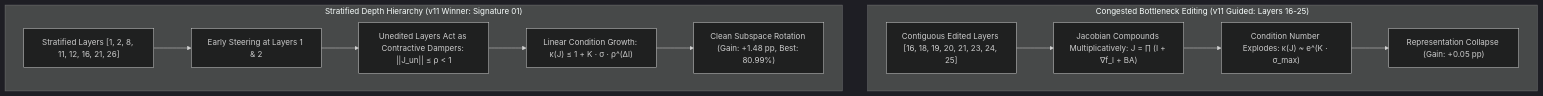
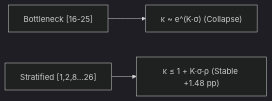
Before and after one commit to srishanthsriramula/ReseachX: the diagram in obsidian/01_Generations/v11_42Run_Confirmation_Stratified_Victory.md, drawn with Mermaid (dark theme). The commit also changed other lines of this file and 14 other files, not shown here.

Commit message:
Replace oversized and vertically sprawling Mermaid diagrams with compact responsive tables, algorithm callouts, and streamlined vector flowcharts

````diff
--- a/obsidian/01_Generations/v11_42Run_Confirmation_Stratified_Victory.md
+++ b/obsidian/01_Generations/v11_42Run_Confirmation_Stratified_Victory.md
@@ -46,15 +51,5 @@
 ```mermaid
-flowchart TD
-    subgraph Bottleneck ["Congested Bottleneck Editing (v11 Guided: Layers 16-25)"]
-        B1["Contiguous Edited Layers [16, 18, 19, 20, 21, 23, 24, 25]"] --> B2["Jacobian Compounds Multiplicatively: J = ∏ (I + ∇f_l + BA)"]
-        B2 --> B3["Condition Number Explodes: κ(J) ~ e^(K · σ_max)"]
-        B3 --> B4["Representation Collapse (Gain: +0.05 pp)"]
-    end
-
-    subgraph Stratified ["Stratified Depth Hierarchy (v11 Winner: Signature 01)"]
-        S1["Stratified Layers [1, 2, 8, 11, 12, 16, 21, 26]"] --> S2["Early Steering at Layers 1 & 2"]
-        S2 --> S3["Unedited Layers Act as Contractive Dampers: ||J_un|| ≤ ρ < 1"]
-        S3 --> S4["Linear Condition Growth: κ(J) ≤ 1 + K · σ · ρ^(Δl)"]
-        S4 --> S5["Clean Subspace Rotation (Gain: +1.48 pp, Best: 80.99%)"]
-    end
+flowchart LR
+    B["Bottleneck [16-25]"] --> BC["κ ~ e^(K·σ) (Collapse)"]
+    S["Stratified [1,2,8...26]"] --> SC["κ ≤ 1 + K·σ·ρ (Stable +1.48 pp)"]
 ```
````
